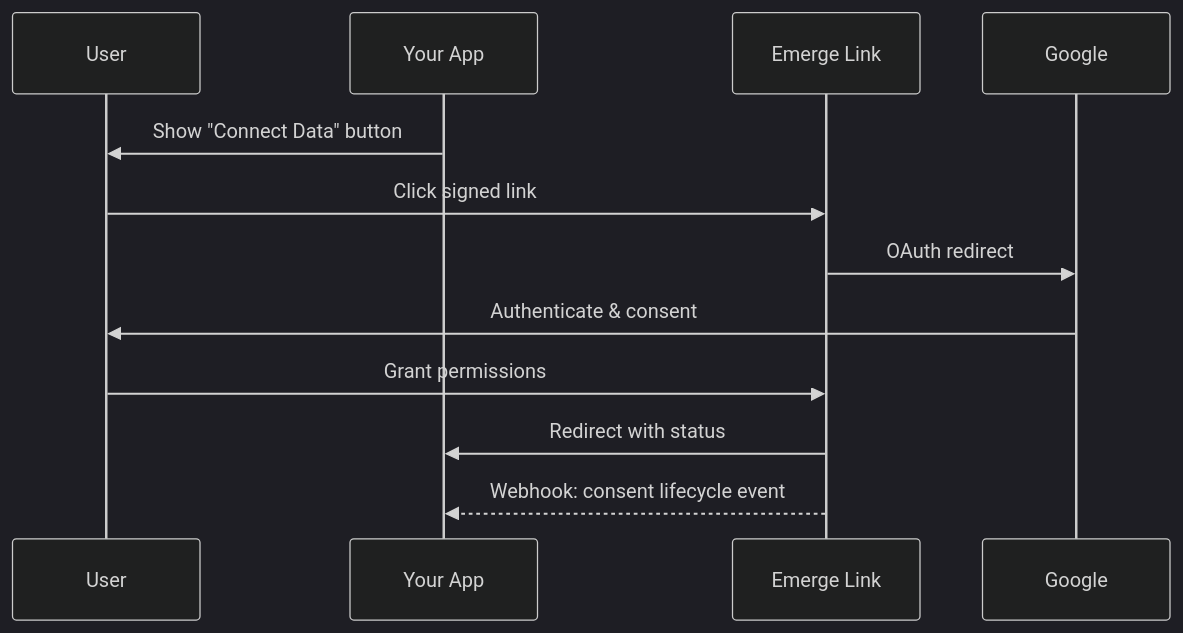
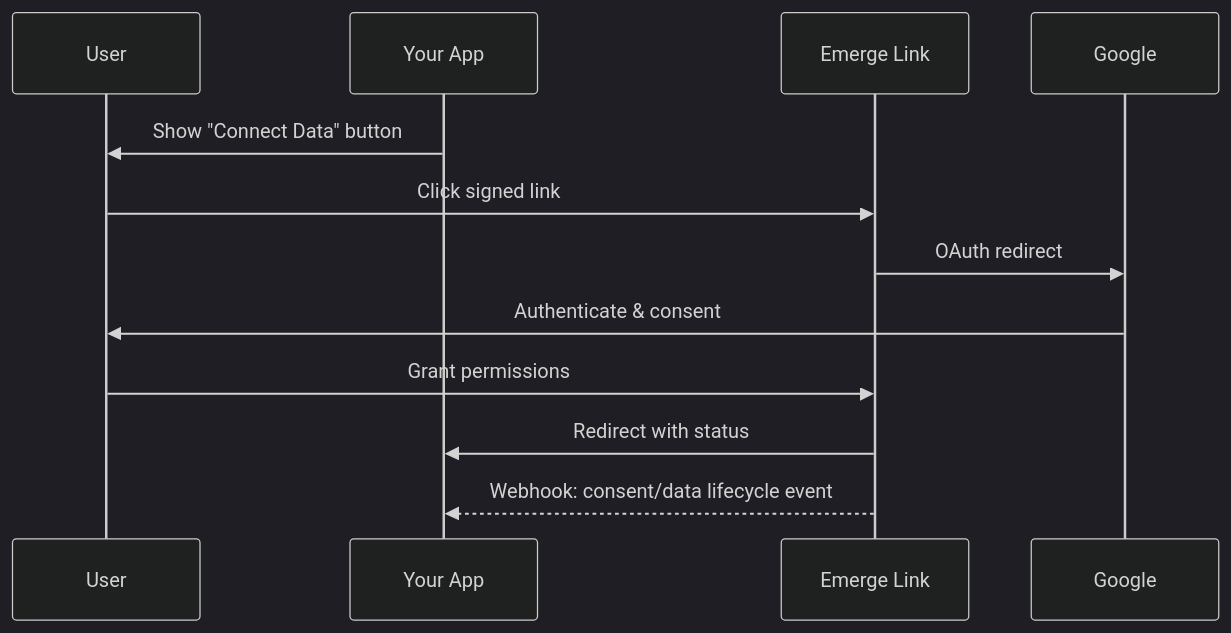
The diagram in link/overview.mdx (emerge-protocol/docs), drawn with Mermaid (dark theme) before and after one commit. The commit also changed other lines of this file and 8 other files, not shown here.

````diff
--- a/link/overview.mdx
+++ b/link/overview.mdx
@@ -10,15 +10,15 @@
 ```mermaid
 sequenceDiagram
     participant User
     participant Your App
     participant Emerge Link
     participant Google
 
     Your App->>User: Show "Connect Data" button
     User->>Emerge Link: Click signed link
     Emerge Link->>Google: OAuth redirect
     Google->>User: Authenticate & consent
     User->>Emerge Link: Grant permissions
     Emerge Link->>Your App: Redirect with status
-    Emerge Link-->>Your App: Webhook: consent lifecycle event
+    Emerge Link-->>Your App: Webhook: consent/data lifecycle event
 ```
````
